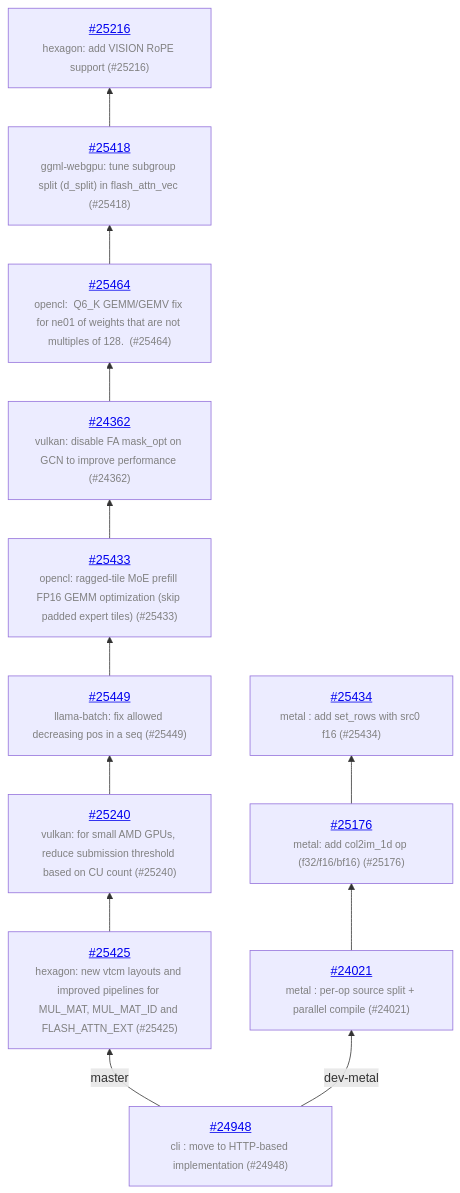
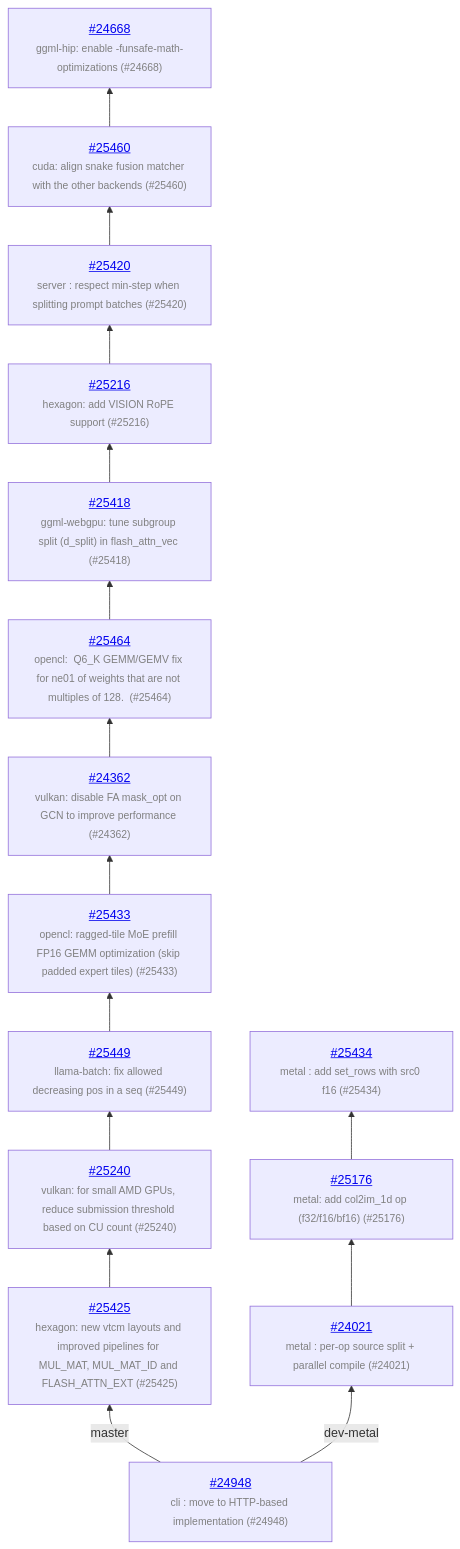
One commit to ggml-org/llama.cpp-dev changed the diagram in README.md. Above: the diagram before and after it, drawn with Mermaid. The commit also changed other lines of this file and 1 other file, not shown here.

Commit message:
auto: update

````diff
--- a/README.md
+++ b/README.md
@@ -13,26 +13,32 @@
 ```mermaid
 graph BT
     COMMON["<a href='https://github.com/ggml-org/llama.cpp/pull/24948'>#24948</a><br/><span style='font-size:smaller;color:gray'>cli : move to HTTP-based implementation (#24948)</span>"]
     COMMON -->|master| C_81ff7ab
     C_81ff7ab["<a href='https://github.com/ggml-org/llama.cpp/pull/25425'>#25425</a><br/><span style='font-size:smaller;color:gray'>hexagon: new vtcm layouts and improved pipelines for MUL_MAT, MUL_MAT_ID and FLASH_ATTN_EXT (#25425)</span>"]
     C_81ff7ab --> C_0bbc87b
     C_0bbc87b["<a href='https://github.com/ggml-org/llama.cpp/pull/25240'>#25240</a><br/><span style='font-size:smaller;color:gray'>vulkan: for small AMD GPUs, reduce submission threshold based on CU count (#25240)</span>"]
     C_0bbc87b --> C_1ee0939
     C_1ee0939["<a href='https://github.com/ggml-org/llama.cpp/pull/25449'>#25449</a><br/><span style='font-size:smaller;color:gray'>llama-batch: fix allowed decreasing pos in a seq (#25449)</span>"]
     C_1ee0939 --> C_167d057
     C_167d057["<a href='https://github.com/ggml-org/llama.cpp/pull/25433'>#25433</a><br/><span style='font-size:smaller;color:gray'>opencl: ragged-tile MoE prefill FP16 GEMM optimization (skip padded expert tiles) (#25433)</span>"]
     C_167d057 --> C_a646006
     C_a646006["<a href='https://github.com/ggml-org/llama.cpp/pull/24362'>#24362</a><br/><span style='font-size:smaller;color:gray'>vulkan: disable FA mask_opt on GCN to improve performance (#24362)</span>"]
     C_a646006 --> C_92366df
     C_92366df["<a href='https://github.com/ggml-org/llama.cpp/pull/25464'>#25464</a><br/><span style='font-size:smaller;color:gray'>opencl:  Q6_K GEMM/GEMV fix for ne01 of weights that are not multiples of 128.  (#25464)</span>"]
     C_92366df --> C_32e41fa
     C_32e41fa["<a href='https://github.com/ggml-org/llama.cpp/pull/25418'>#25418</a><br/><span style='font-size:smaller;color:gray'>ggml-webgpu: tune subgroup split (d_split) in flash_attn_vec (#25418)</span>"]
     C_32e41fa --> C_f2d1c2f
     C_f2d1c2f["<a href='https://github.com/ggml-org/llama.cpp/pull/25216'>#25216</a><br/><span style='font-size:smaller;color:gray'>hexagon: add VISION RoPE support (#25216)</span>"]
+    C_f2d1c2f --> C_64c8b7d
+    C_64c8b7d["<a href='https://github.com/ggml-org/llama.cpp/pull/25420'>#25420</a><br/><span style='font-size:smaller;color:gray'>server : respect min-step when splitting prompt batches (#25420)</span>"]
+    C_64c8b7d --> C_2021515
+    C_2021515["<a href='https://github.com/ggml-org/llama.cpp/pull/25460'>#25460</a><br/><span style='font-size:smaller;color:gray'>cuda: align snake fusion matcher with the other backends (#25460)</span>"]
+    C_2021515 --> C_ccb0c34
+    C_ccb0c34["<a href='https://github.com/ggml-org/llama.cpp/pull/24668'>#24668</a><br/><span style='font-size:smaller;color:gray'>ggml-hip: enable -funsafe-math-optimizations (#24668)</span>"]
     COMMON -->|dev-metal| C_5dca9f3
     C_5dca9f3["<a href='https://github.com/ggml-org/llama.cpp/pull/24021'>#24021</a><br/><span style='font-size:smaller;color:gray'>metal : per-op source split + parallel compile (#24021)</span>"]
     C_5dca9f3 --> C_400d4bf
     C_400d4bf["<a href='https://github.com/ggml-org/llama.cpp/pull/25176'>#25176</a><br/><span style='font-size:smaller;color:gray'>metal: add col2im_1d op (f32/f16/bf16) (#25176)</span>"]
     C_400d4bf --> C_8cb1ad5
     C_8cb1ad5["<a href='https://github.com/ggml-org/llama.cpp/pull/25434'>#25434</a><br/><span style='font-size:smaller;color:gray'>metal : add set_rows with src0 f16 (#25434)</span>"]
 ```
````
